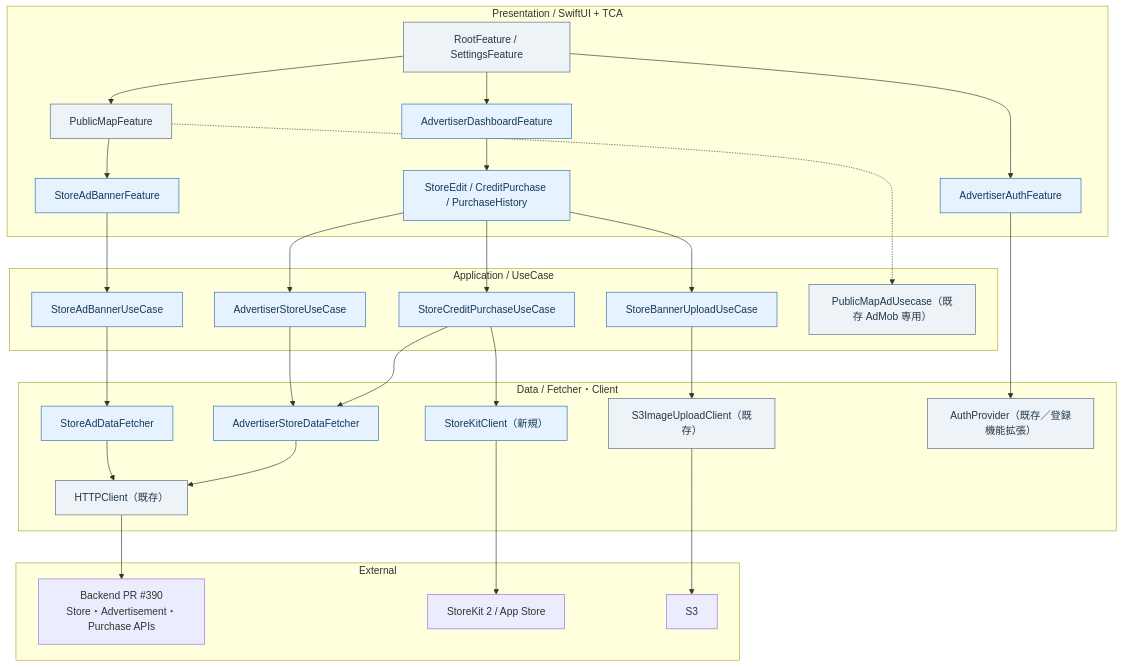
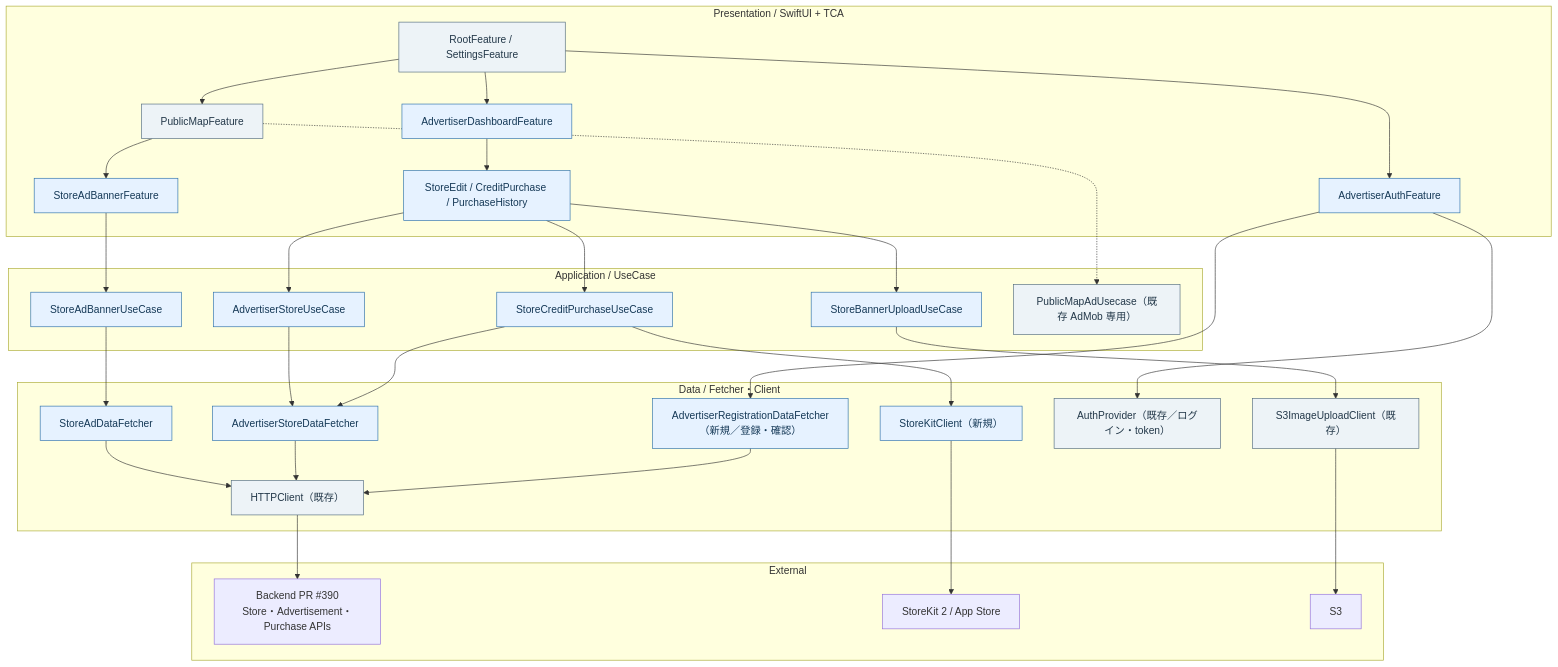
One commit to kmatsushita1012/MaTool changed the fourth of 5 diagrams in docs/projects/20261031_original_advertisement/ios-phase1.md. Above: the diagram before and after it, drawn with Mermaid. The commit also changed other lines of this file, not shown here.

````diff
--- a/docs/projects/20261031_original_advertisement/ios-phase1.md
+++ b/docs/projects/20261031_original_advertisement/ios-phase1.md
@@ -295,48 +327,50 @@
 ```mermaid
 flowchart TB
   subgraph Presentation["Presentation / SwiftUI + TCA"]
     Root["RootFeature / SettingsFeature"]
     PM["PublicMapFeature"]
     Banner["StoreAdBannerFeature"]
     Dash["AdvertiserDashboardFeature"]
     Forms["StoreEdit / CreditPurchase / PurchaseHistory"]
     Auth["AdvertiserAuthFeature"]
   end
   subgraph Application["Application / UseCase"]
     BUC["StoreAdBannerUseCase"]
     SUC["AdvertiserStoreUseCase"]
     UUC["StoreBannerUploadUseCase"]
     PUC["StoreCreditPurchaseUseCase"]
     AdMob["PublicMapAdUsecase（既存 AdMob 専用）"]
   end
   subgraph Data["Data / Fetcher・Client"]
     AdFetch["StoreAdDataFetcher"]
     StoreFetch["AdvertiserStoreDataFetcher"]
     HTTP["HTTPClient（既存）"]
     S3["S3ImageUploadClient（既存）"]
     SK["StoreKitClient（新規）"]
-    Cognito["AuthProvider（既存／登録機能拡張）"]
+    Cognito["AuthProvider（既存／ログイン・token）"]
+    SignupFetch["AdvertiserRegistrationDataFetcher（新規／登録・確認）"]
   end
   subgraph External["External"]
     Backend["Backend PR #390<br/>Store・Advertisement・Purchase APIs"]
     Apple["StoreKit 2 / App Store"]
     AWS["S3"]
   end
   Root --> PM
   Root --> Dash
   Root --> Auth
   PM --> Banner
   Dash --> Forms
   Banner --> BUC --> AdFetch --> HTTP
   Forms --> SUC --> StoreFetch --> HTTP
   Forms --> UUC --> S3 --> AWS
   Forms --> PUC --> SK --> Apple
   PUC --> StoreFetch
   Auth --> Cognito
+  Auth --> SignupFetch --> HTTP
   PM -.-> AdMob
   HTTP --> Backend
   classDef existing fill:#edf3f7,stroke:#526b7e,color:#233849
   classDef added fill:#e6f2ff,stroke:#2b6faa,color:#153957
   class Root,PM,HTTP,S3,Cognito,AdMob existing
-  class Banner,Dash,Forms,Auth,BUC,SUC,UUC,PUC,AdFetch,StoreFetch,SK added
+  class Banner,Dash,Forms,Auth,BUC,SUC,UUC,PUC,AdFetch,StoreFetch,SK,SignupFetch added
 ```
````
